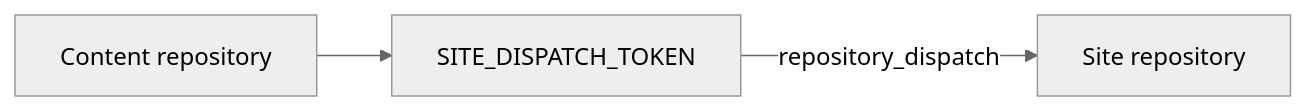
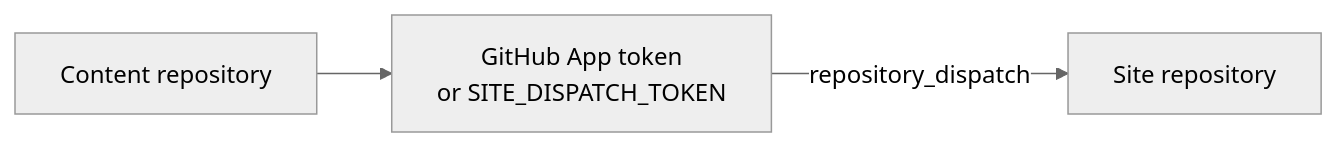
The third of 3 diagrams in docs/docs/guides/deployment/separate-content-repository/repository-split.md (Rerurate514/riebeckite), drawn with Mermaid (neutral theme) before and after one commit. The commit also changed other lines of this file and 62 other files, not shown here.

````diff
--- a/docs/docs/guides/deployment/separate-content-repository/repository-split.md
+++ b/docs/docs/guides/deployment/separate-content-repository/repository-split.md
@@ -136,9 +136,9 @@
 ```mermaid
 flowchart LR
     Content["Content repository"]
-    Token["SITE_DISPATCH_TOKEN"]
+    Token["GitHub App token<br/>or SITE_DISPATCH_TOKEN"]
     Site["Site repository"]
 
     Content --> Token
     Token -->|"repository_dispatch"| Site
 ```
````
